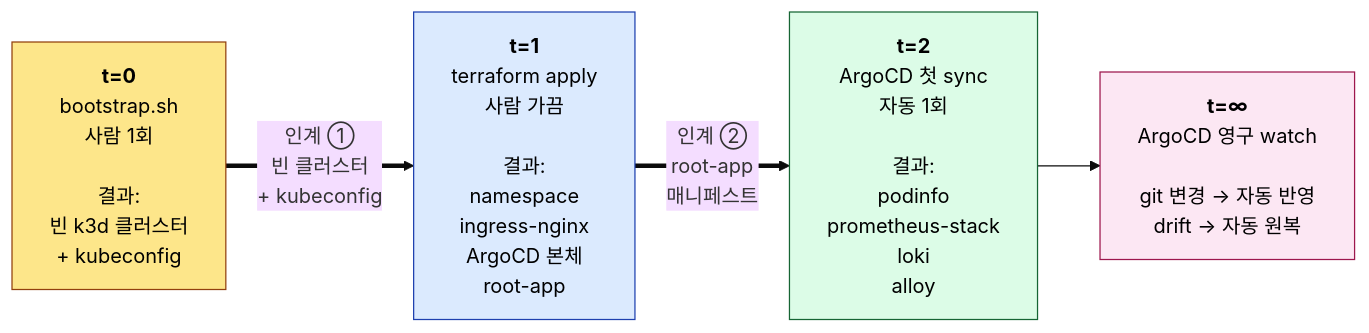
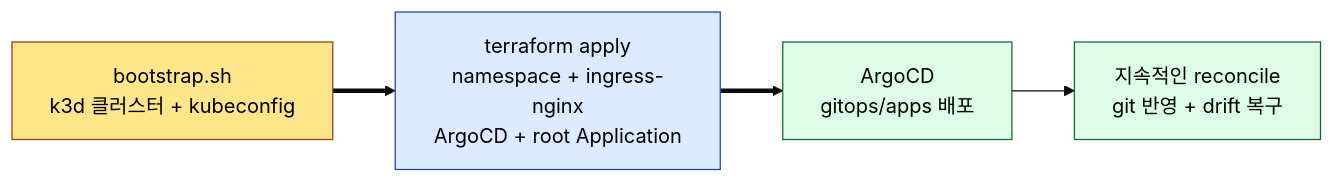
The eighth of 14 diagrams in _wiki/homelab.md (currenjin/currenjin.github.io), drawn with Mermaid (base theme) before and after one commit. The commit also changed other lines of this file, not shown here.

````diff
--- a/_wiki/homelab.md
+++ b/_wiki/homelab.md
@@ -343,20 +342,16 @@
 ```mermaid
 flowchart LR
-  T0["<b>t=0</b><br/>bootstrap.sh<br/>사람 1회<br/><br/>결과:<br/>빈 k3d 클러스터<br/>+ kubeconfig"]
-  T1["<b>t=1</b><br/>terraform apply<br/>사람 가끔<br/><br/>결과:<br/>namespace<br/>ingress-nginx<br/>ArgoCD 본체<br/>root-app"]
-  T2["<b>t=2</b><br/>ArgoCD 첫 sync<br/>자동 1회<br/><br/>결과:<br/>podinfo<br/>prometheus-stack<br/>loki<br/>alloy"]
-  Tinf["<b>t=∞</b><br/>ArgoCD 영구 watch<br/><br/>git 변경 → 자동 반영<br/>drift → 자동 원복"]
+  Bootstrap["bootstrap.sh<br/>k3d 클러스터 + kubeconfig"]
+  Terraform["terraform apply<br/>namespace + ingress-nginx<br/>ArgoCD + root Application"]
+  Argo["ArgoCD<br/>gitops/apps 배포"]
+  Reconcile["지속적인 reconcile<br/>git 반영 + drift 복구"]
 
-  T0 == "인계 ①<br/>빈 클러스터<br/>+ kubeconfig" ==> T1
-  T1 == "인계 ②<br/>root-app<br/>매니페스트" ==> T2
-  T2 --> Tinf
+  Bootstrap ==> Terraform ==> Argo --> Reconcile
 
-  classDef once fill:#fde68a,stroke:#92400e,color:#000
-  classDef occasional fill:#dbeafe,stroke:#1e40af,color:#000
-  classDef auto fill:#dcfce7,stroke:#166534,color:#000
-  classDef forever fill:#fce7f3,stroke:#9d174d,color:#000
-  class T0 once
-  class T1 occasional
-  class T2 auto
-  class Tinf forever
+  classDef bootstrap fill:#fde68a,stroke:#92400e,color:#000
+  classDef platform fill:#dbeafe,stroke:#1e40af,color:#000
+  classDef gitops fill:#dcfce7,stroke:#166534,color:#000
+  class Bootstrap bootstrap
+  class Terraform platform
+  class Argo,Reconcile gitops
 ```
````
